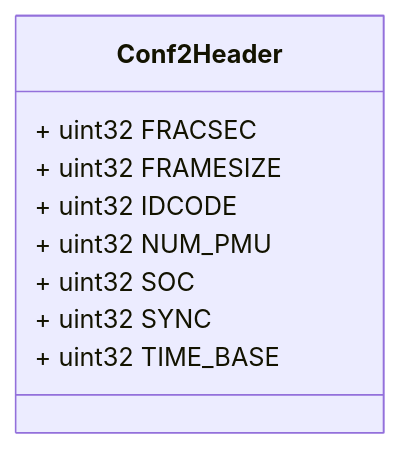
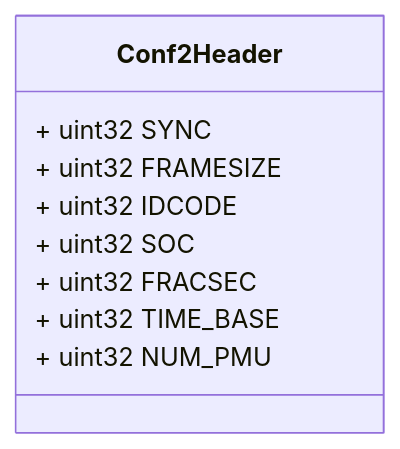
The second of 3 diagrams in docs/conf2.proto.md (zaphiro-technologies/protobuf), drawn with Mermaid before and after one commit. The commit also changed other lines of this file and 12 other files, not shown here.

First line of the commit message:
Replace custom proto-gen-md-diagrams with official one (#50)

````diff
--- a/docs/conf2.proto.md
+++ b/docs/conf2.proto.md
@@ -51,17 +51,17 @@
 ```mermaid
 classDiagram
 direction LR
 
 %% Configuration frame 2 header
 
 class Conf2Header {
-  + uint32 FRACSEC
+  + uint32 SYNC
   + uint32 FRAMESIZE
   + uint32 IDCODE
+  + uint32 SOC
+  + uint32 FRACSEC
+  + uint32 TIME_BASE
   + uint32 NUM_PMU
-  + uint32 SOC
-  + uint32 SYNC
-  + uint32 TIME_BASE
 }
 
 ```
````
